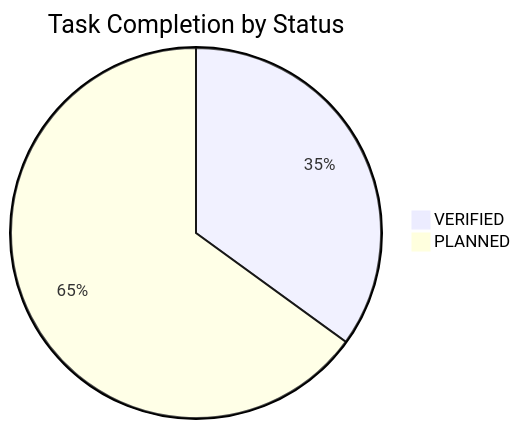
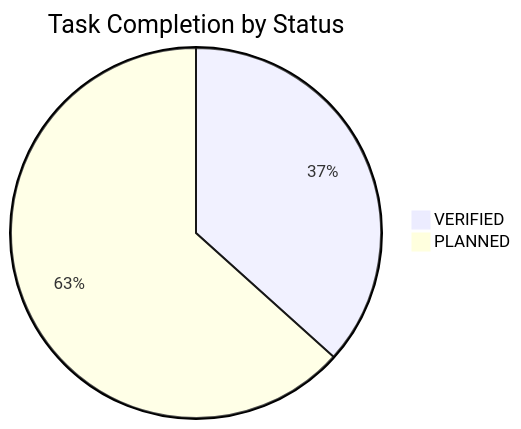
Before and after one commit to NguyenTriBaoThang/ClearWayAI: the diagram in docs/TASK_BOARD.md, drawn with Mermaid. The commit also changed other lines of this file and 34 other files, not shown here.

````diff
--- a/docs/TASK_BOARD.md
+++ b/docs/TASK_BOARD.md
@@ -16,5 +16,5 @@
 ```mermaid
 pie title Task Completion by Status
-    "VERIFIED" : 21
-    "PLANNED" : 39
+    "VERIFIED" : 22
+    "PLANNED" : 38
 ```
````
